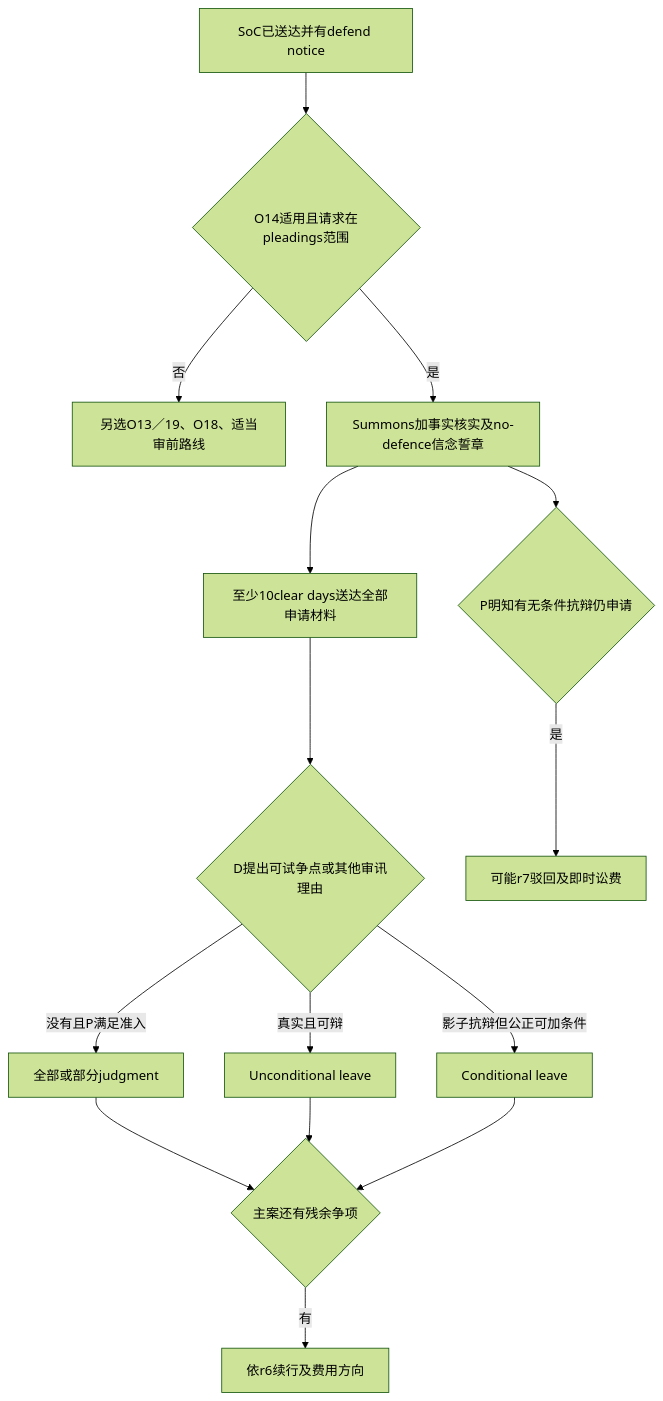
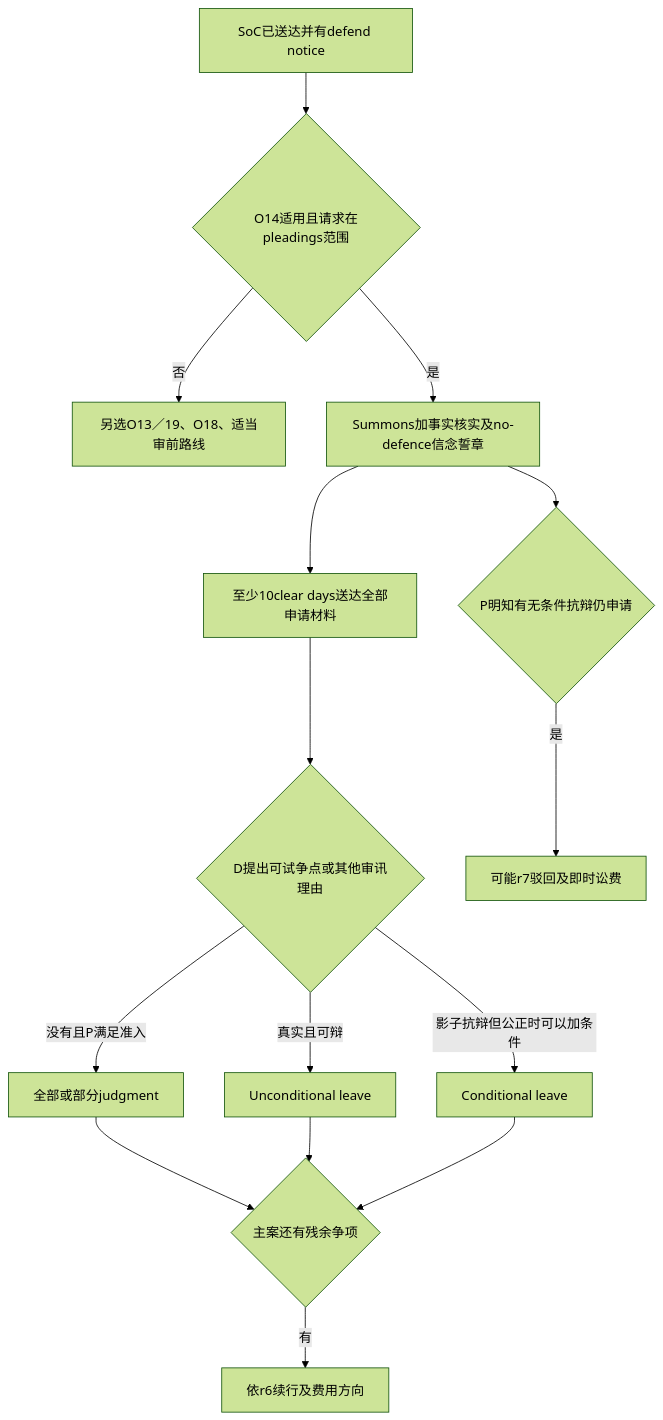
Before and after one commit to mixxmax/pcll-litigation-cards: the eighth of 9 diagrams in src/content/docs/institutions/co06-09-pre-trial-judgments.md, drawn with Mermaid (forest theme). The commit also changed other lines of this file and 2 other files, not shown here.

````diff
--- a/src/content/docs/institutions/co06-09-pre-trial-judgments.md
+++ b/src/content/docs/institutions/co06-09-pre-trial-judgments.md
@@ -824,17 +824,17 @@
 ```mermaid
 flowchart TD
  A[SoC已送达并有defend notice] --> B{O14适用且请求在pleadings范围}
  B -->|否| C[另选O13／19、O18、适当审前路线]
  B -->|是| D[Summons加事实核实及no-defence信念誓章]
  D --> E[至少10clear days送达全部申请材料]
  E --> F{D提出可试争点或其他审讯理由}
  F -->|没有且P满足准入| G[全部或部分judgment]
  F -->|真实且可辩| H[Unconditional leave]
- F -->|影子抗辩但公正可加条件| I[Conditional leave]
+ F -->|影子抗辩但公正时可以加条件| I[Conditional leave]
  D --> J{P明知有无条件抗辩仍申请}
  J -->|是| K[可能r7驳回及即时讼费]
  G --> L{主案还有残余争项}
  H --> L
  I --> L
  L -->|有| M[依r6续行及费用方向]
 ```
````
